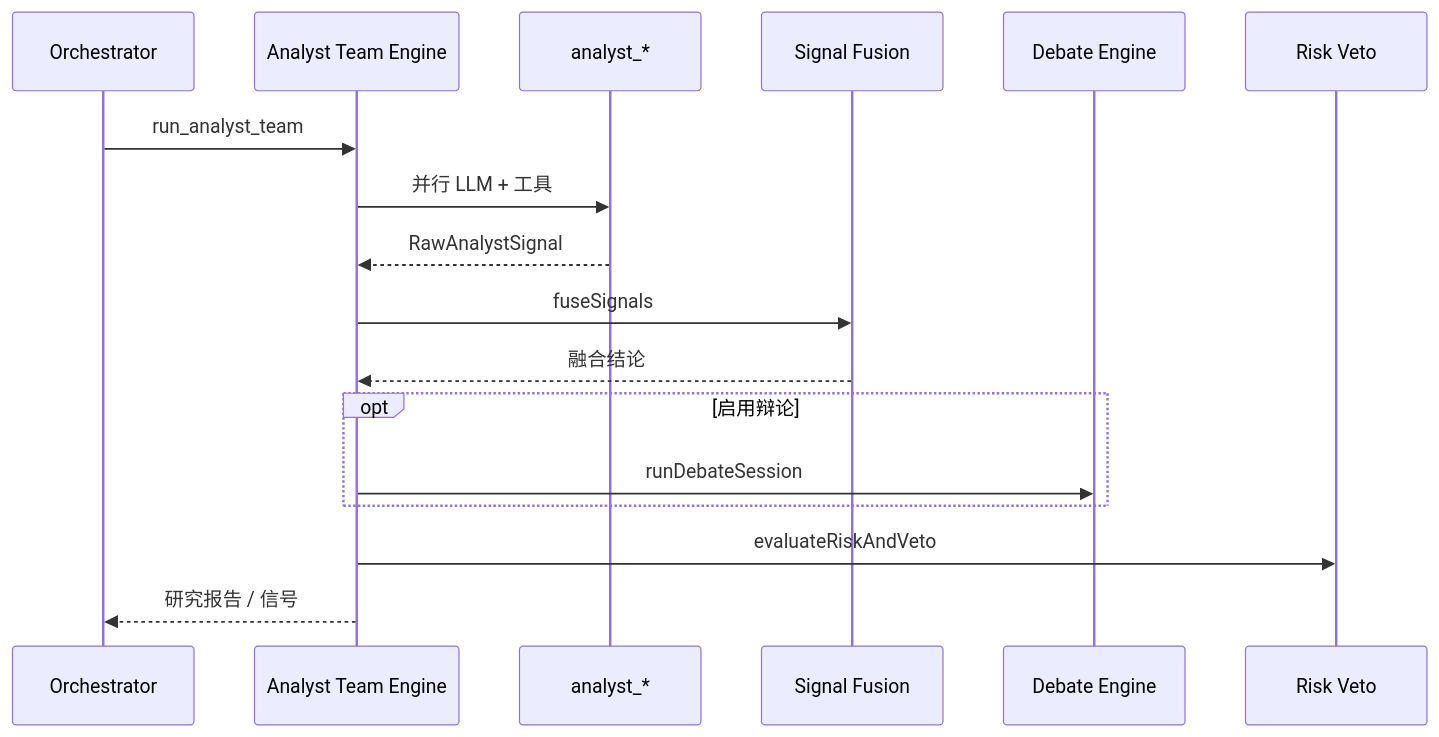
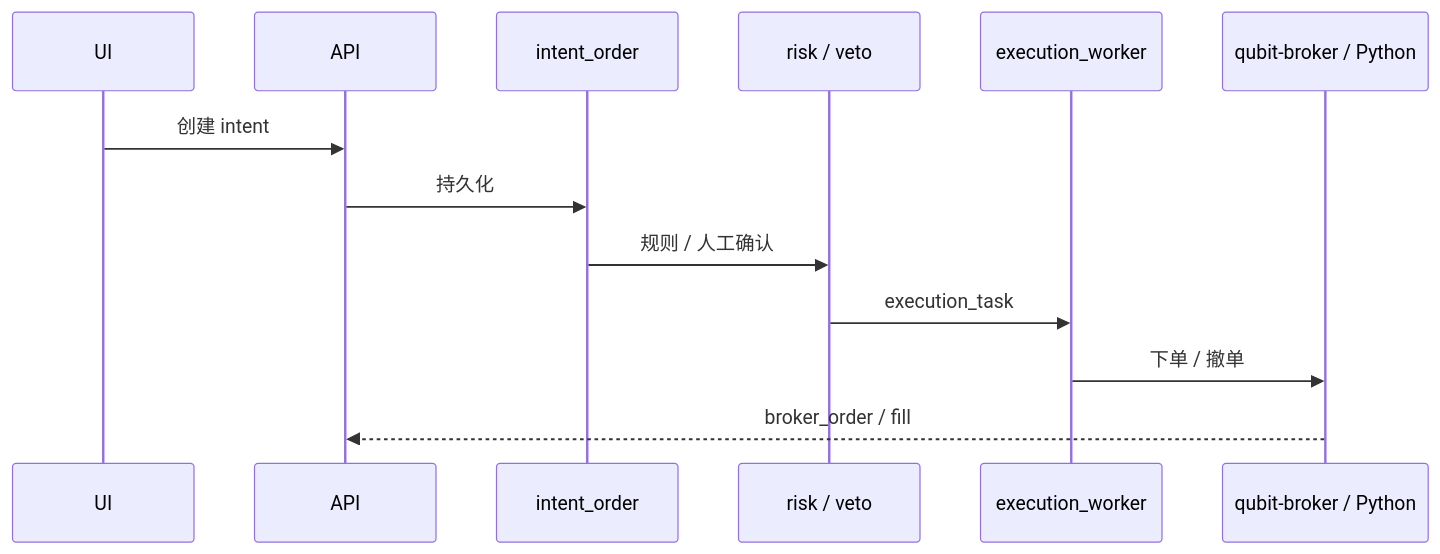
The fifth of 5 diagrams in docs/ARCHITECTURE.md (SupUnicornAlpha/qubit-agent), drawn with Mermaid before and after one commit. The commit also changed other lines of this file and 64 other files, not shown here.

````diff
--- a/docs/ARCHITECTURE.md
+++ b/docs/ARCHITECTURE.md
@@ -297,20 +361,16 @@
 ```mermaid
 sequenceDiagram
-  participant O as Orchestrator
-  participant T as Analyst Team Engine
-  participant A1 as analyst_*
-  participant F as Signal Fusion
-  participant D as Debate Engine
-  participant R as Risk Veto
+  participant UI
+  participant API
+  participant Intent as intent_order
+  participant Risk as risk / veto
+  participant Exec as execution_worker
+  participant Broker as qubit-broker / Python
 
-  O->>T: run_analyst_team
-  T->>A1: 并行 LLM + 工具
-  A1-->>T: RawAnalystSignal
-  T->>F: fuseSignals
-  F-->>T: 融合结论
-  opt 启用辩论
-    T->>D: runDebateSession
-  end
-  T->>R: evaluateRiskAndVeto
-  T-->>O: 研究报告 / 信号
+  UI->>API: 创建 intent
+  API->>Intent: 持久化
+  Intent->>Risk: 规则 / 人工确认
+  Risk->>Exec: execution_task
+  Exec->>Broker: 下单 / 撤单
+  Broker-->>API: broker_order / fill
 ```
````
